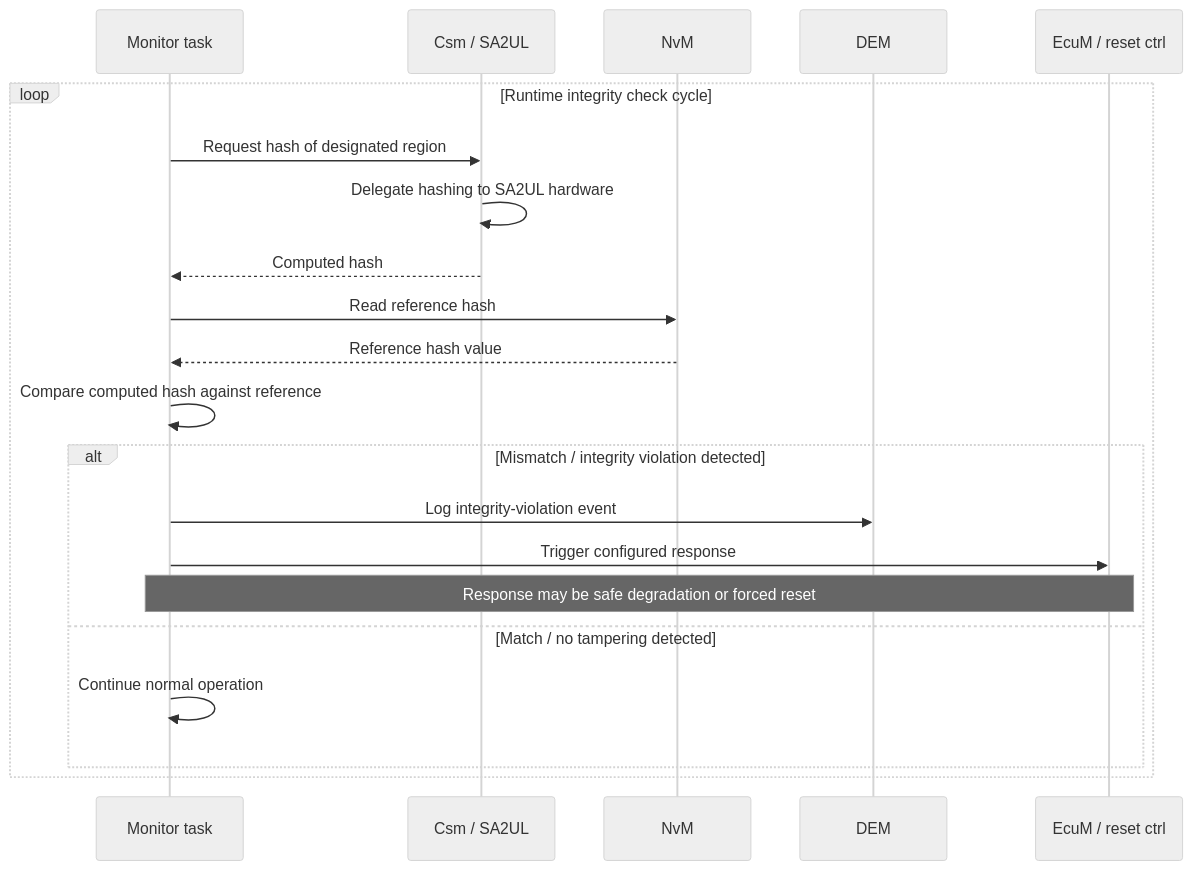
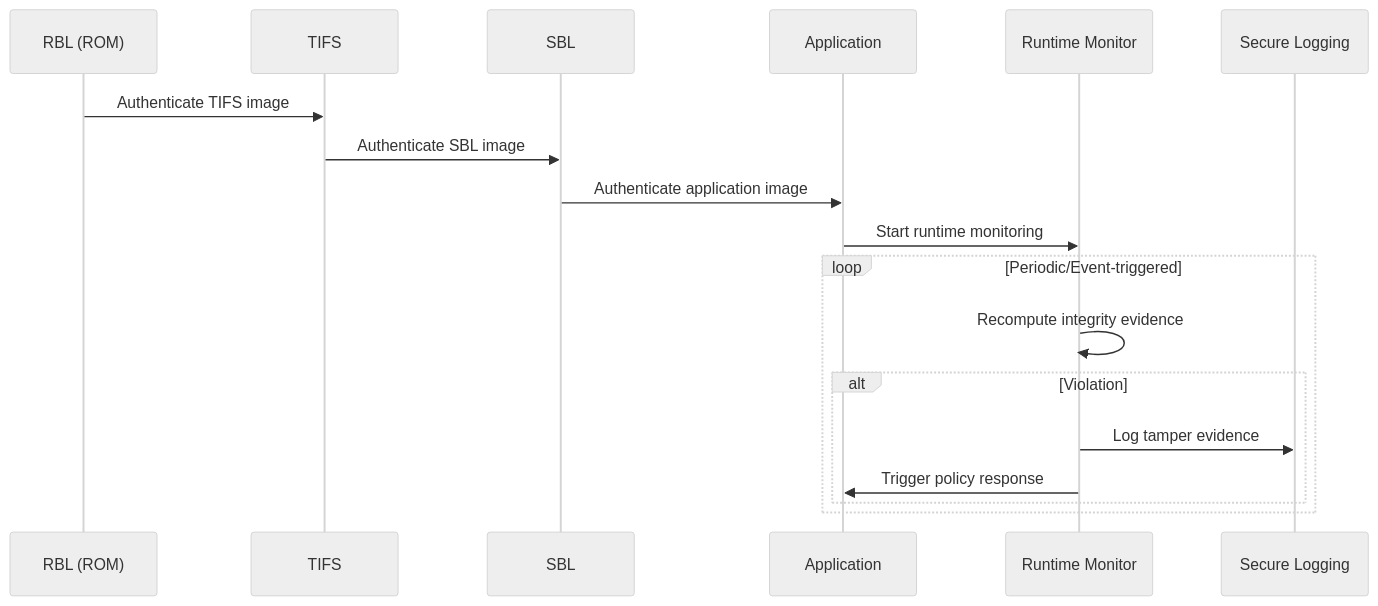
The third of 3 diagrams in TDA4VM_Secure_Authentic_Boot_Runtime_Integrity_Requirements.md (vinodneelakantam/Sec_Concepts_Req_tracability), drawn with Mermaid (neutral theme) before and after one commit. The commit also changed other lines of this file and 7 other files, not shown here.

````diff
--- a/TDA4VM_Secure_Authentic_Boot_Runtime_Integrity_Requirements.md
+++ b/TDA4VM_Secure_Authentic_Boot_Runtime_Integrity_Requirements.md
@@ -129,25 +75,21 @@
 ```mermaid
 sequenceDiagram
-  participant Task as Monitor task
-  participant Csm as Csm / SA2UL
-  participant NvM as NvM
-  participant DEM as DEM
-  participant EcuM as EcuM / reset ctrl
+  participant R as RBL (ROM)
+  participant T as TIFS
+  participant S as SBL
+  participant A as Application
+  participant M as Runtime Monitor
+  participant L as Secure Logging
 
-  loop Runtime integrity check cycle
-    Task->>Csm: Request hash of designated region
-    Csm->>Csm: Delegate hashing to SA2UL hardware
-    Csm-->>Task: Computed hash
-    Task->>NvM: Read reference hash
-    NvM-->>Task: Reference hash value
-    Task->>Task: Compare computed hash against reference
-
-    alt Mismatch / integrity violation detected
-      Task->>DEM: Log integrity-violation event
-      Task->>EcuM: Trigger configured response
-      Note over Task,EcuM: Response may be safe degradation or forced reset
-    else Match / no tampering detected
-      Task->>Task: Continue normal operation
+  R->>T: Authenticate TIFS image
+  T->>S: Authenticate SBL image
+  S->>A: Authenticate application image
+  A->>M: Start runtime monitoring
+  loop Periodic/Event-triggered
+    M->>M: Recompute integrity evidence
+    alt Violation
+      M->>L: Log tamper evidence
+      M->>A: Trigger policy response
     end
   end
 ```
````
